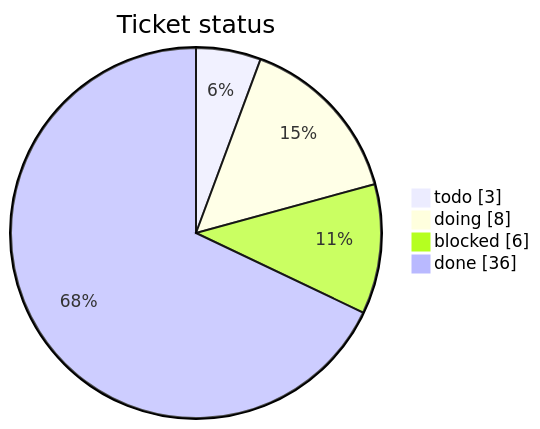
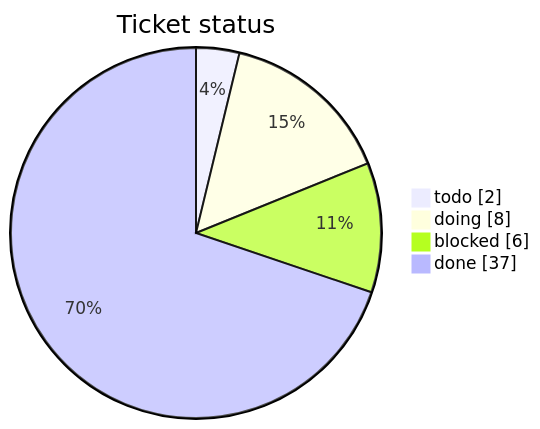
Before and after one commit to mohamed-soubhi/bootlab-esp: the first of 3 diagrams in tickets/TICKETS.md, drawn with Mermaid. The commit also changed other lines of this file and 10 other files, not shown here.

````diff
--- a/tickets/TICKETS.md
+++ b/tickets/TICKETS.md
@@ -14,7 +14,7 @@
 ```mermaid
 pie showData title Ticket status
-    "todo" : 3
+    "todo" : 2
     "doing" : 8
     "blocked" : 6
-    "done" : 36
+    "done" : 37
 ```
````
